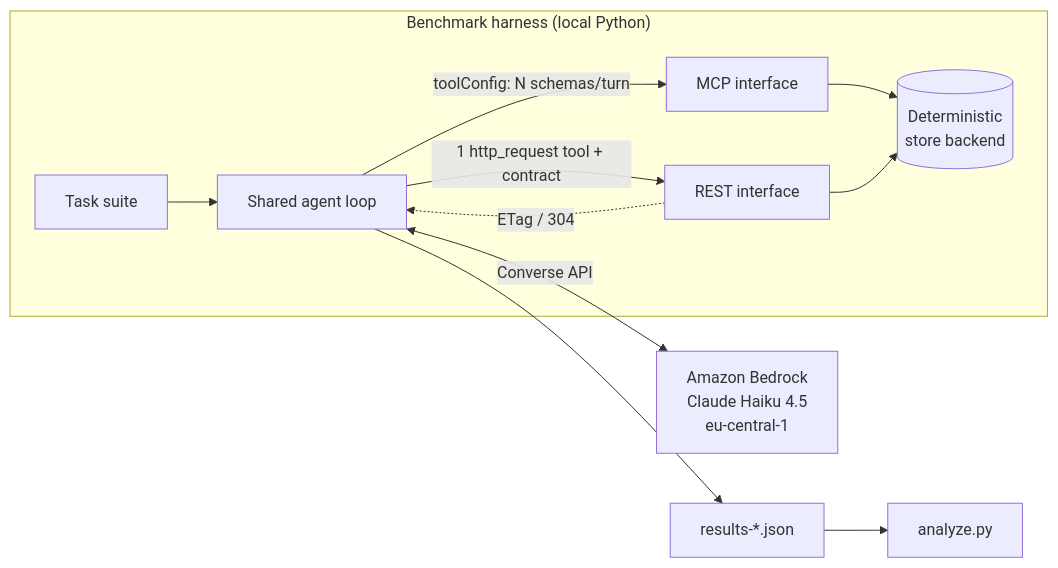
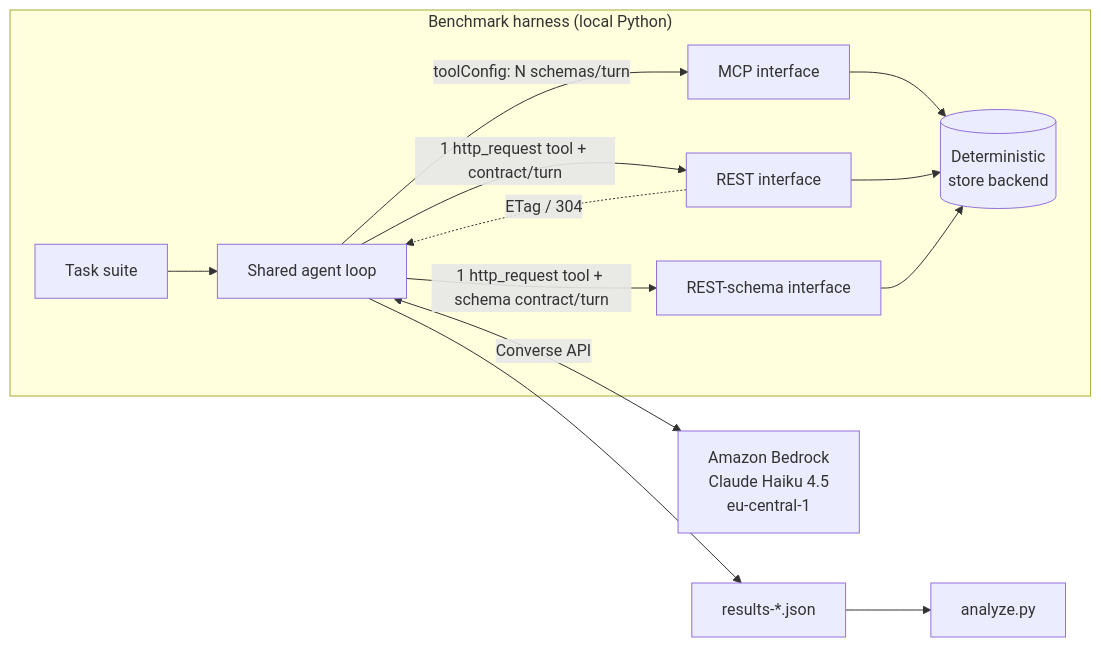
One commit to edodusi/mcp-vs-rest-bench changed the diagram in README.md. Above: the diagram before and after it, drawn with Mermaid. The commit also changed other lines of this file, not shown here.

````diff
--- a/README.md
+++ b/README.md
@@ -33,14 +41,16 @@
 ```mermaid
 flowchart LR
     subgraph Harness["Benchmark harness (local Python)"]
         T[Task suite] --> L[Shared agent loop]
         L -->|toolConfig: N schemas/turn| M[MCP interface]
-        L -->|1 http_request tool + contract| R[REST interface]
+        L -->|1 http_request tool + contract/turn| R[REST interface]
+        L -->|1 http_request tool + schema contract/turn| S[REST-schema interface]
         M --> B[(Deterministic<br/>store backend)]
         R --> B
+        S --> B
         R -.ETag / 304.-> L
     end
     L <-->|Converse API| BR["Amazon Bedrock<br/>Claude Haiku 4.5<br/>eu-central-1"]
     L --> J[results-*.json]
     J --> A[analyze.py]
 ```
````
